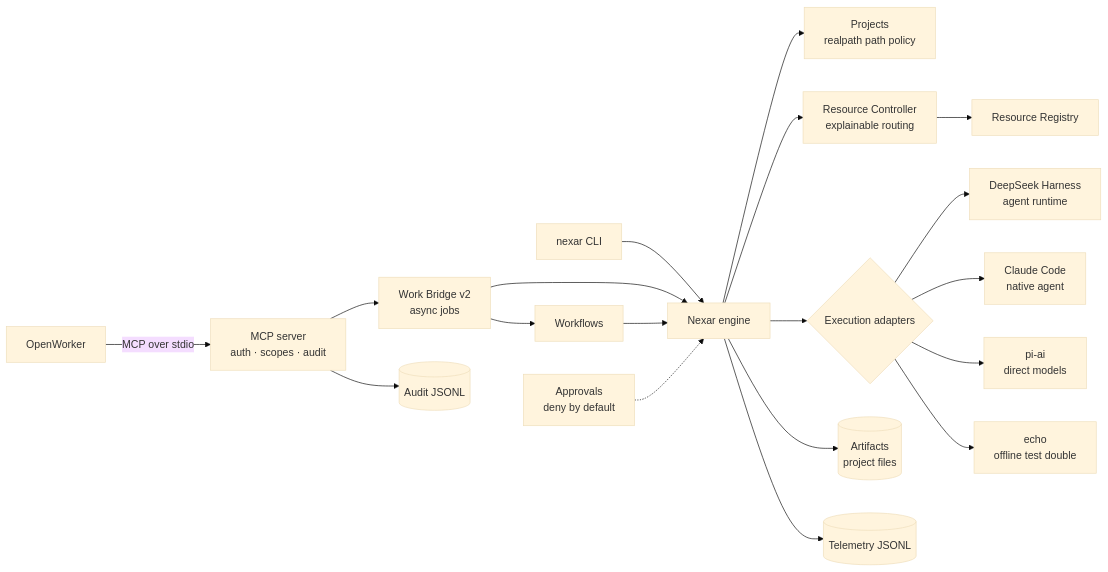
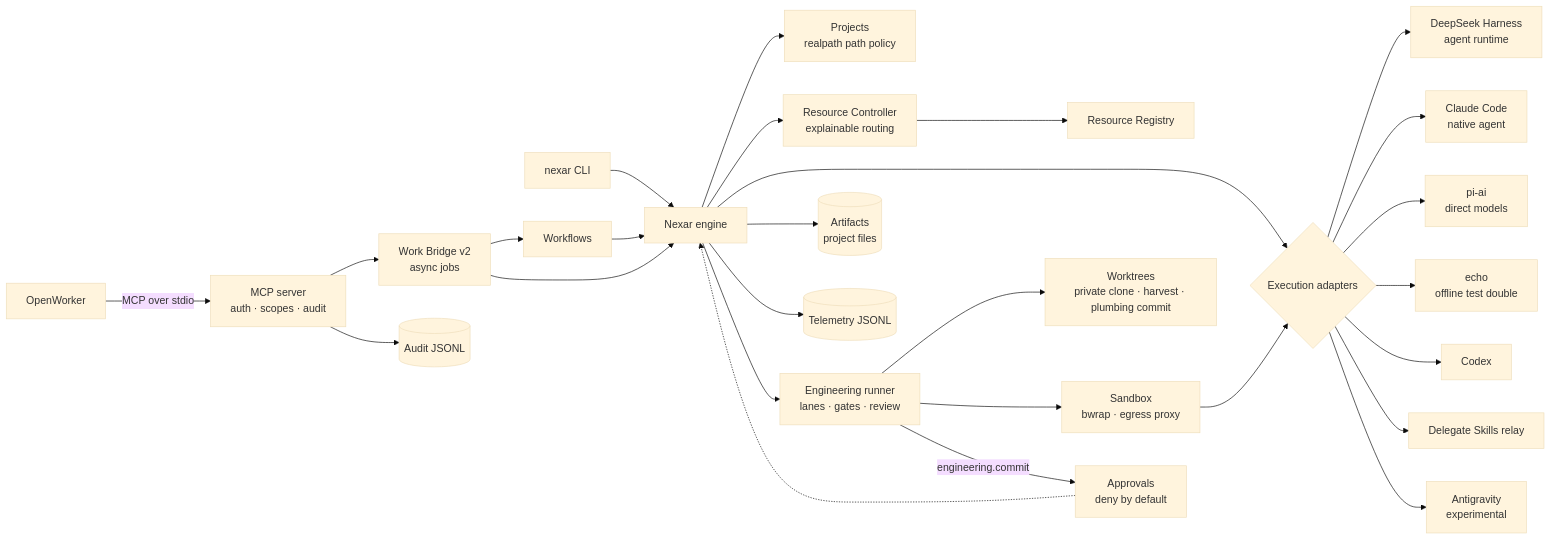
Before and after one commit to mohmedhat797/Nexar-Ai: the diagram in README.md, drawn with Mermaid (base theme). The commit also changed other lines of this file and 14 other files, not shown here.

````diff
--- a/README.md
+++ b/README.md
@@ -33,21 +35,29 @@
 ```mermaid
 flowchart LR
   CLI[nexar CLI] --> ENG[Nexar engine]
   OW[OpenWorker] -- "MCP over stdio" --> MCP[MCP server<br/>auth · scopes · audit]
   MCP --> WB[Work Bridge v2<br/>async jobs]
   WB --> WF[Workflows]
   WB --> ENG
   WF --> ENG
   ENG --> PRJ[Projects<br/>realpath path policy]
   ENG --> NRC[Resource Controller<br/>explainable routing]
   NRC --> REG[Resource Registry]
   ENG --> AD{Execution adapters}
   AD --> DSH[DeepSeek Harness<br/>agent runtime]
   AD --> CC[Claude Code<br/>native agent]
   AD --> PI[pi-ai<br/>direct models]
   AD --> ECHO[echo<br/>offline test double]
   ENG --> ART[(Artifacts<br/>project files)]
   ENG --> TEL[(Telemetry JSONL)]
   MCP --> AUD[(Audit JSONL)]
   APR[Approvals<br/>deny by default] -.-> ENG
+  ENG --> EGR[Engineering runner<br/>lanes · gates · review]
+  EGR --> WT[Worktrees<br/>private clone · harvest · plumbing commit]
+  EGR --> SBX[Sandbox<br/>bwrap · egress proxy]
+  SBX --> AD
+  EGR -- "engineering.commit" --> APR
+  AD --> CX[Codex]
+  AD --> DS[Delegate Skills relay]
+  AD --> AGY[Antigravity<br/>experimental]
 ```
````
